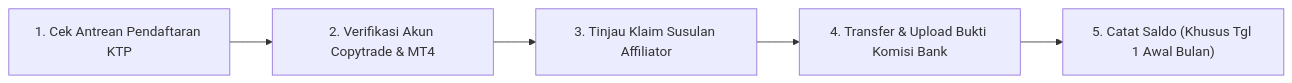
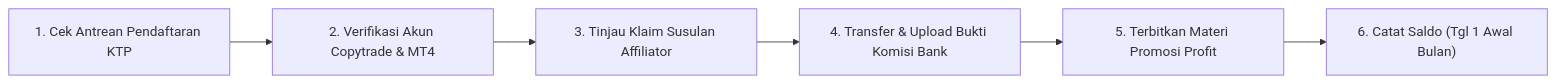
The diagram in docs/manual-book/panduan-admin-ringkas.md (fransgabrielhutauruk/yzd-center), drawn with Mermaid before and after one commit. The commit also changed other lines of this file and 24 other files, not shown here.

First line of the commit message:
feat(profit-master): implement materi promosi profit master feed and update agent migration rules

````diff
--- a/docs/manual-book/panduan-admin-ringkas.md
+++ b/docs/manual-book/panduan-admin-ringkas.md
@@ -10,7 +10,8 @@
 ```mermaid
 flowchart LR
     A["1. Cek Antrean Pendaftaran KTP"] --> B["2. Verifikasi Akun Copytrade & MT4"]
     B --> C["3. Tinjau Klaim Susulan Affiliator"]
     C --> D["4. Transfer & Upload Bukti Komisi Bank"]
-    D --> E["5. Catat Saldo (Khusus Tgl 1 Awal Bulan)"]
+    D --> E["5. Terbitkan Materi Promosi Profit"]
+    E --> F["6. Catat Saldo (Tgl 1 Awal Bulan)"]
 ```
````
